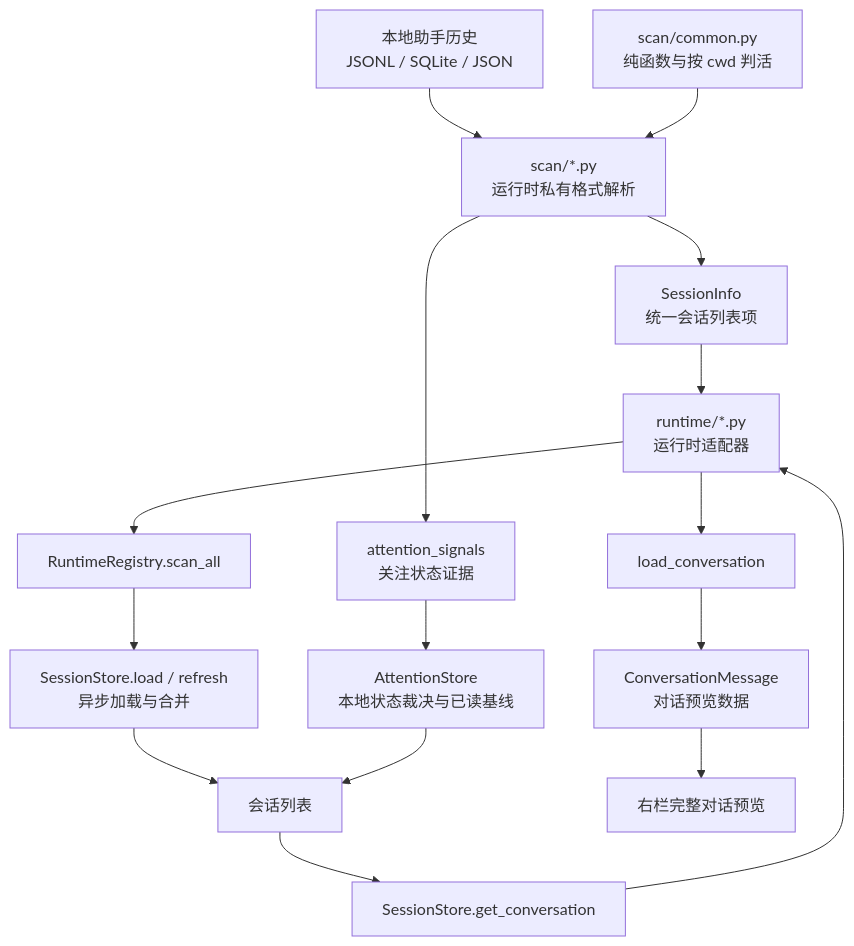
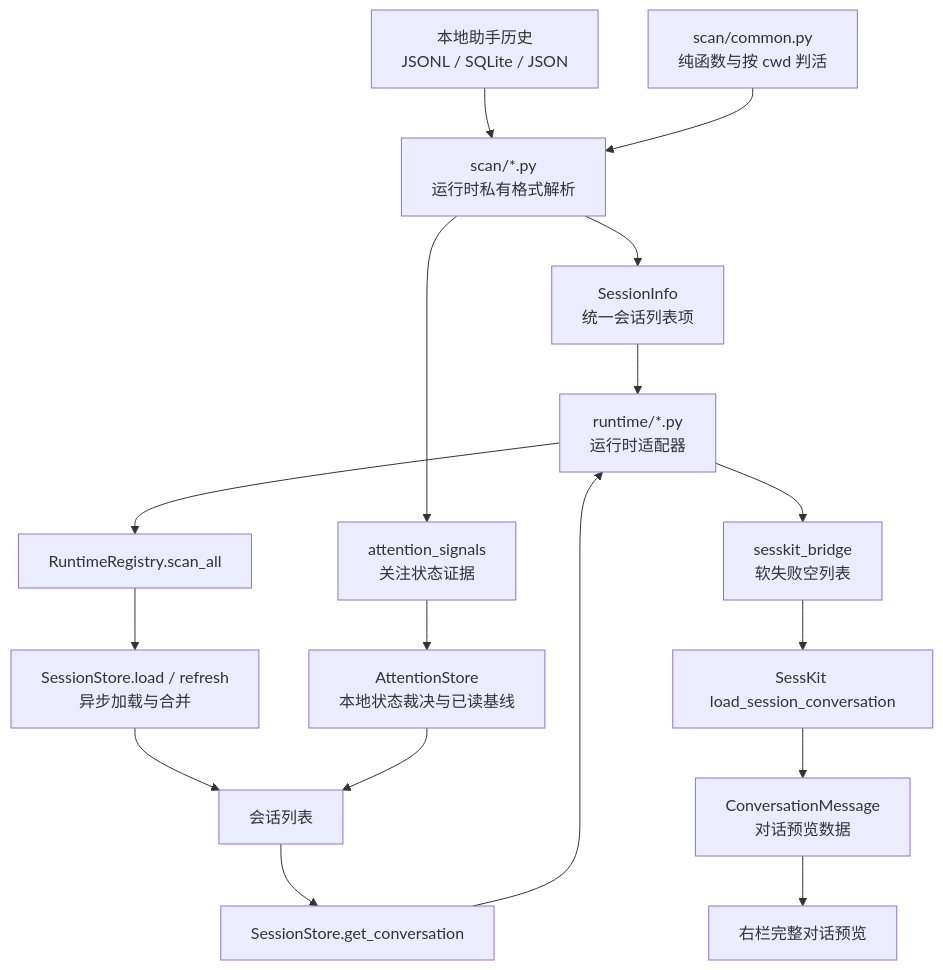
One commit to x0c/corral changed the first of 3 diagrams in docs/SESSION_SCANNING_KNOWLEDGE_BASE.md. Above: the diagram before and after it, drawn with Mermaid. The commit also changed other lines of this file and 15 other files, not shown here.

````diff
--- a/docs/SESSION_SCANNING_KNOWLEDGE_BASE.md
+++ b/docs/SESSION_SCANNING_KNOWLEDGE_BASE.md
@@ -55,18 +55,19 @@
 ```mermaid
 graph TD
     A[本地助手历史<br/>JSONL / SQLite / JSON] --> B[scan/*.py<br/>运行时私有格式解析]
     B --> C[SessionInfo<br/>统一会话列表项]
     B --> Q[attention_signals<br/>关注状态证据]
     D[scan/common.py<br/>纯函数与按 cwd 判活] --> B
     C --> E[runtime/*.py<br/>运行时适配器]
     E --> F[RuntimeRegistry.scan_all]
     F --> G[SessionStore.load / refresh<br/>异步加载与合并]
     G --> H[会话列表]
     Q --> N[AttentionStore<br/>本地状态裁决与已读基线]
     N --> H
     H --> I[SessionStore.get_conversation]
     I --> E
-    E --> J[load_conversation]
+    E --> Bridge[sesskit_bridge<br/>软失败空列表]
+    Bridge --> J[SessKit load_session_conversation]
     J --> K[ConversationMessage<br/>对话预览数据]
     K --> L[右栏完整对话预览]
 ```
````
